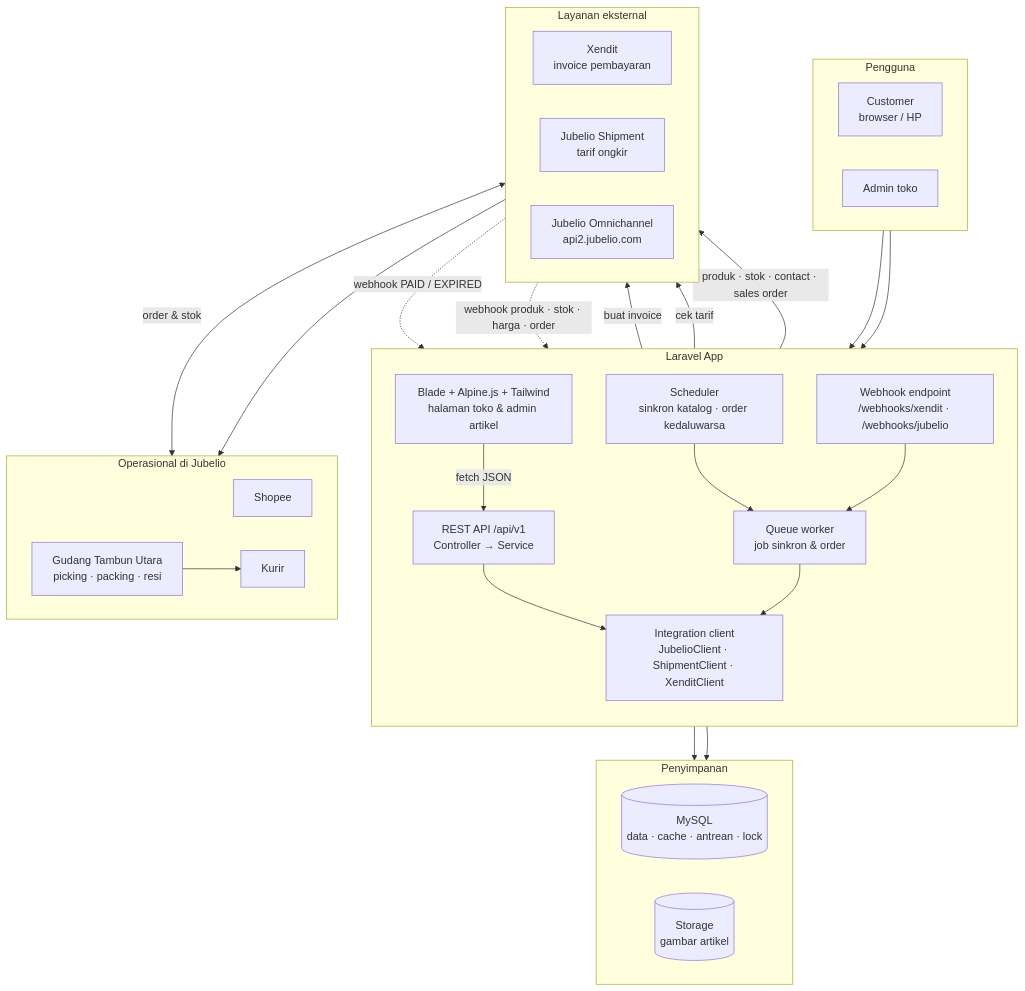
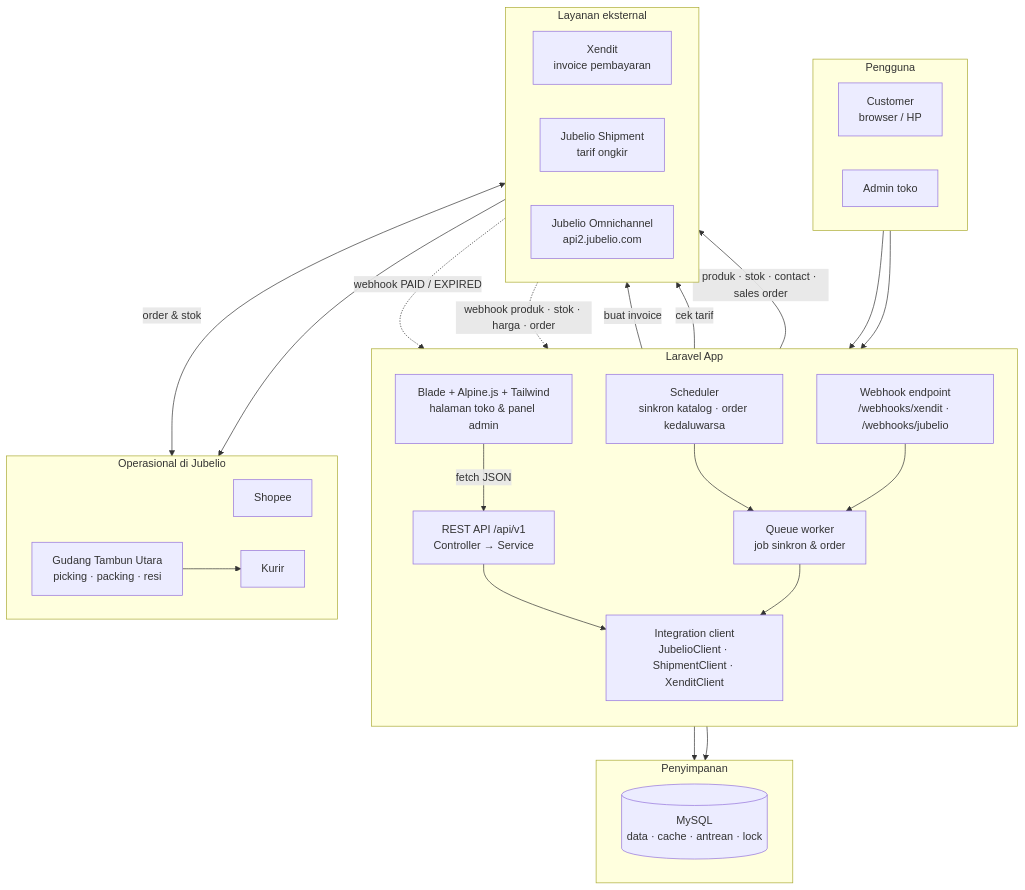
Before and after one commit to Zhafransss/E-Commers-Saeful-Askar: the first of 2 diagrams in docs/arsitektur-sistem.md, drawn with Mermaid. The commit also changed other lines of this file and 44 other files, not shown here.

````diff
--- a/docs/arsitektur-sistem.md
+++ b/docs/arsitektur-sistem.md
@@ -8,55 +8,54 @@
 ```mermaid
 flowchart TB
   subgraph U["Pengguna"]
     direction LR
     C["Customer<br/>browser / HP"]
     A["Admin toko"]
   end
 
   subgraph APP["Laravel App"]
     direction TB
-    WEB["Blade + Alpine.js + Tailwind<br/>halaman toko & admin artikel"]
+    WEB["Blade + Alpine.js + Tailwind<br/>halaman toko & panel admin"]
     API["REST API /api/v1<br/>Controller → Service"]
     WH["Webhook endpoint<br/>/webhooks/xendit · /webhooks/jubelio"]
     Q["Queue worker<br/>job sinkron & order"]
     SCH["Scheduler<br/>sinkron katalog · order kedaluwarsa"]
     CL["Integration client<br/>JubelioClient · ShipmentClient · XenditClient"]
   end
 
   subgraph DATA["Penyimpanan"]
     direction LR
     DB[("MySQL<br/>data · cache · antrean · lock")]
-    ST[("Storage<br/>gambar artikel")]
   end
 
   subgraph EXT["Layanan eksternal"]
     direction LR
     XD["Xendit<br/>invoice pembayaran"]
     JS["Jubelio Shipment<br/>tarif ongkir"]
     JB["Jubelio Omnichannel<br/>api2.jubelio.com"]
   end
 
   subgraph OPS["Operasional di Jubelio"]
     direction LR
     SP["Shopee"]
     WMS["Gudang Tambun Utara<br/>picking · packing · resi"]
     KR["Kurir"]
   end
 
   C --> WEB
   A --> WEB
   WEB -->|"fetch JSON"| API
   API --> CL
   SCH --> Q
   WH --> Q
   Q --> CL
   API --> DATA
   Q --> DATA
   CL -->|"buat invoice"| XD
   CL -->|"cek tarif"| JS
   CL -->|"produk · stok · contact · sales order"| JB
   XD -.->|"webhook PAID / EXPIRED"| WH
   JB -.->|"webhook produk · stok · harga · order"| WH
   JB <-->|"order & stok"| SP
   JB --> WMS --> KR
 ```
````
